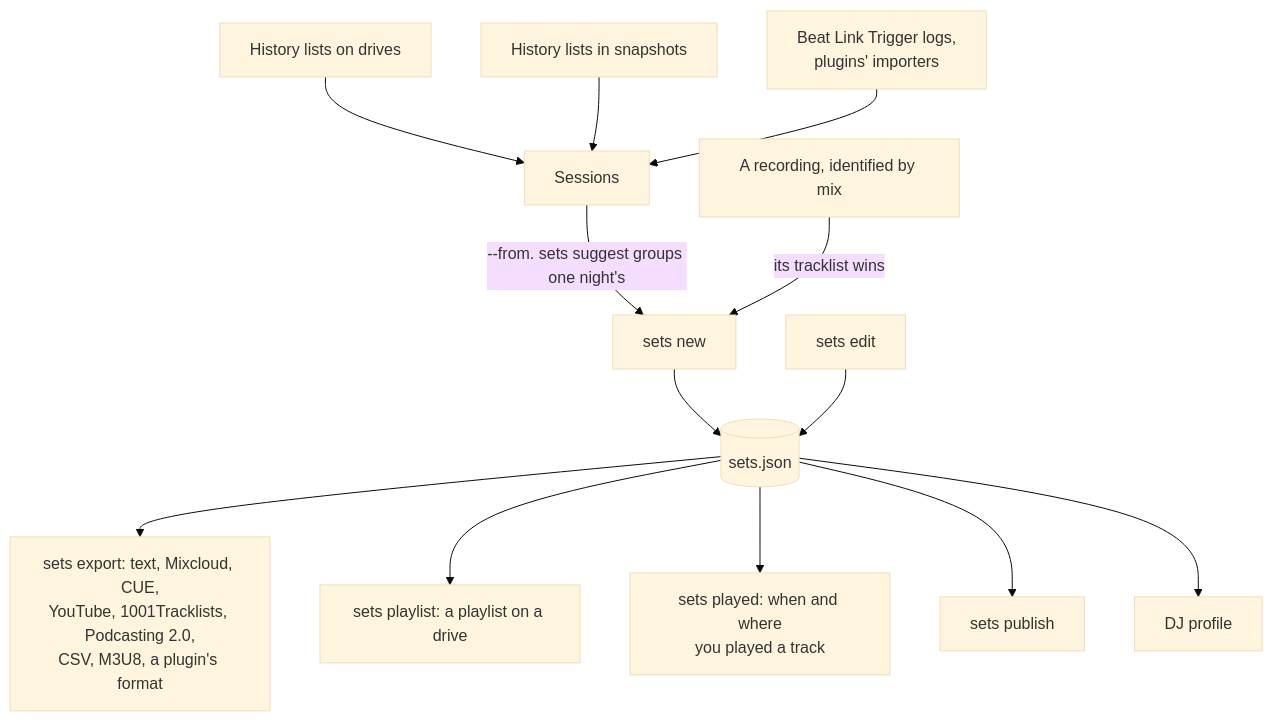
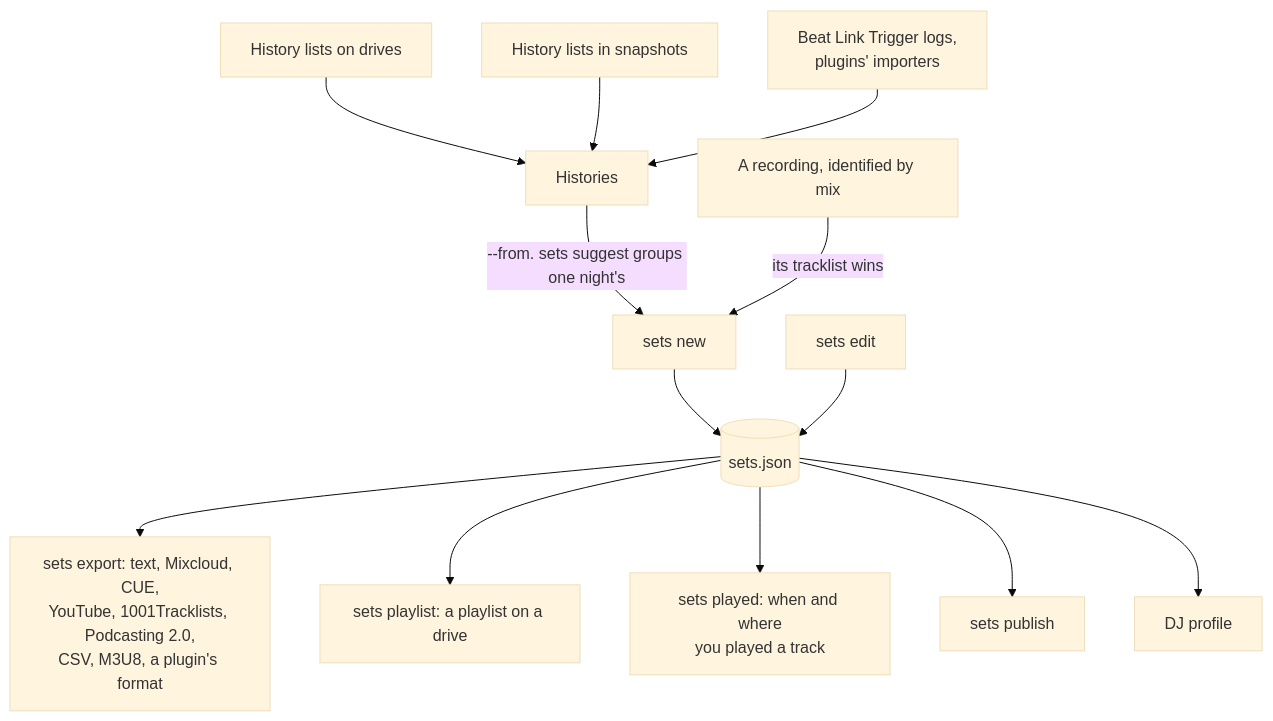
The sixth of 10 diagrams in apps/locallibrary/docs/diagrams/data.md (cutenode/localnetwork), drawn with Mermaid (base theme) before and after one commit. The commit also changed other lines of this file and 4 other files, not shown here.

First line of the commit message:
docs(locallibrary): use the glossary's words and fix the player's charts

````diff
--- a/apps/locallibrary/docs/diagrams/data.md
+++ b/apps/locallibrary/docs/diagrams/data.md
@@ -111,15 +111,15 @@
 ```mermaid
 flowchart TD
-    lists["History lists on drives"] --> sessions["Sessions"]
+    lists["History lists on drives"] --> sessions["Histories"]
     archive["History lists in snapshots"] --> sessions
     imported["Beat Link Trigger logs,<br/>plugins' importers"] --> sessions
     sessions -->|"--from. sets suggest groups one night's"| new["sets new"]
     recording["A recording, identified by mix"] -->|"its tracklist wins"| new
     new --> book[("sets.json")]
     edit["sets edit"] --> book
     book --> export["sets export: text, Mixcloud, CUE,<br/>YouTube, 1001Tracklists, Podcasting 2.0,<br/>CSV, M3U8, a plugin's format"]
     book --> playlist["sets playlist: a playlist on a drive"]
     book --> played["sets played: when and where<br/>you played a track"]
     book --> publish["sets publish"]
     book --> profile["DJ profile"]
 ```
````
